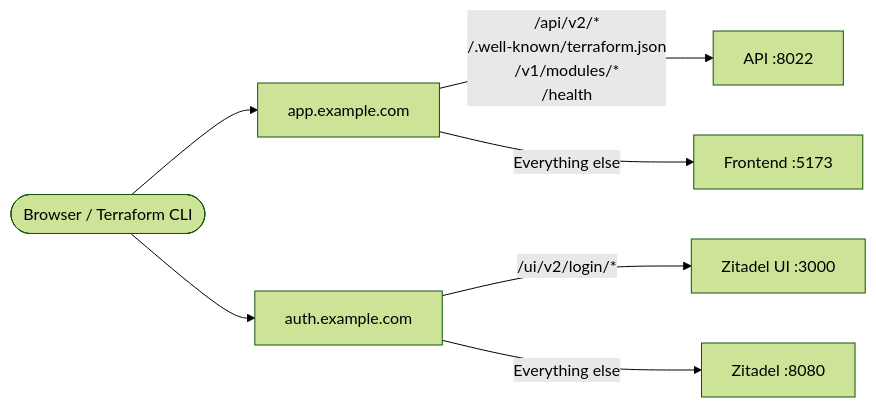
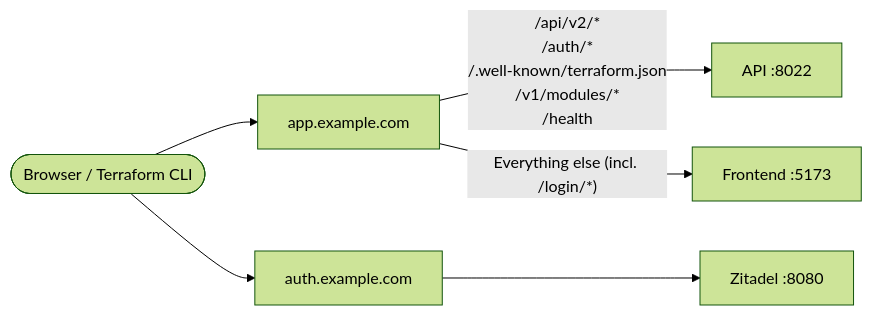
One commit to vhco-pro/stackweaver-frontend changed the diagram in docs/get-started/self-hosting/docker-compose/README.md. Above: the diagram before and after it, drawn with Mermaid (forest theme). The commit also changed other lines of this file and 71 other files, not shown here.

````diff
--- a/docs/get-started/self-hosting/docker-compose/README.md
+++ b/docs/get-started/self-hosting/docker-compose/README.md
@@ -126,13 +126,12 @@
 ```mermaid
 flowchart LR
     Client([Browser / Terraform CLI])
 
     Client --> AppDomain["app.example.com"]
     Client --> AuthDomain["auth.example.com"]
 
-    AppDomain -->|"/api/v2/*\n/.well-known/terraform.json\n/v1/modules/*\n/health"| API["API :8022"]
-    AppDomain -->|"Everything else"| Frontend["Frontend :5173"]
+    AppDomain -->|"/api/v2/*\n/auth/*\n/.well-known/terraform.json\n/v1/modules/*\n/health"| API["API :8022"]
+    AppDomain -->|"Everything else (incl. /login/*)"| Frontend["Frontend :5173"]
 
-    AuthDomain -->|"/ui/v2/login/*"| ZitadelUI["Zitadel UI :3000"]
-    AuthDomain -->|"Everything else"| Zitadel["Zitadel :8080"]
+    AuthDomain --> Zitadel["Zitadel :8080"]
 ```
````
